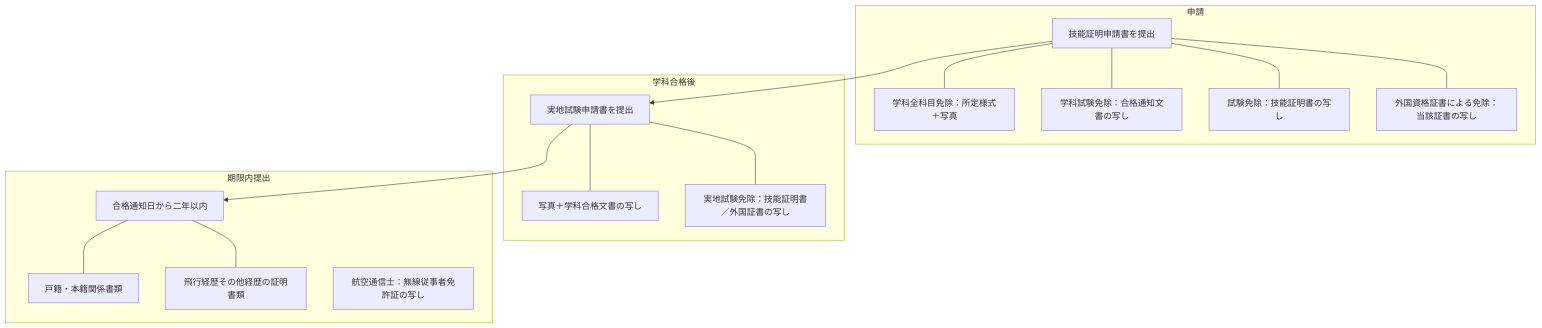
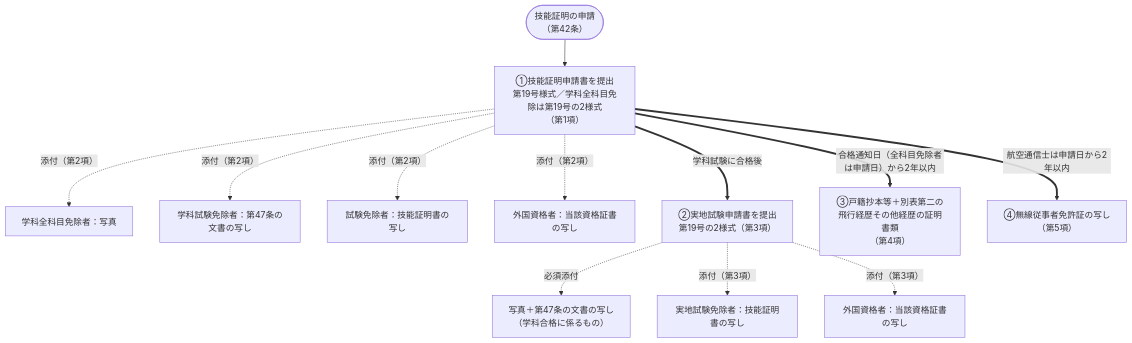
One commit to yonemotoBB/pil changed the first of 17 diagrams in chapters/04_第四章.md. Above: the diagram before and after it, drawn with Mermaid. The commit also changed other lines of this file, not shown here.

Commit message:
第二十二条の図を整理（添付書類を点線の枝に再構成）

````diff
--- a/chapters/04_第四章.md
+++ b/chapters/04_第四章.md
@@ -34,25 +31,17 @@
 ```mermaid
 flowchart TD
-    subgraph 申請
-        A["技能証明申請書を提出"]
-        A1["学科全科目免除：所定様式＋写真"]
-        A2["学科試験免除：合格通知文書の写し"]
-        A3["試験免除：技能証明書の写し"]
-        A4["外国資格証書による免除：当該証書の写し"]
-    end
-    subgraph 学科合格後
-        B["実地試験申請書を提出"]
-        B1["写真＋学科合格文書の写し"]
-        B2["実地試験免除：技能証明書／外国証書の写し"]
-    end
-    subgraph 期限内提出
-        C["合格通知日から二年以内"]
-        C1["戸籍・本籍関係書類"]
-        C2["飛行経歴その他経歴の証明書類"]
-        D["航空通信士：無線従事者免許証の写し"]
-    end
-    A --> B --> C
-    A --- A1 & A2 & A3 & A4
-    B --- B1 & B2
-    C --- C1 & C2
+    START(["技能証明の申請<br>（第42条）"]) --> A["①技能証明申請書を提出<br>第19号様式／学科全科目免除は第19号の2様式<br>（第1項）"]
+
+    A -. 添付（第2項） .-> A1["学科全科目免除者：写真"]
+    A -. 添付（第2項） .-> A2["学科試験免除者：第47条の文書の写し"]
+    A -. 添付（第2項） .-> A3["試験免除者：技能証明書の写し"]
+    A -. 添付（第2項） .-> A4["外国資格者：当該資格証書の写し"]
+
+    A == 学科試験に合格後 ==> B["②実地試験申請書を提出<br>第19号の2様式（第3項）"]
+    B -. 必須添付 .-> B0["写真＋第47条の文書の写し<br>（学科合格に係るもの）"]
+    B -. 添付（第3項） .-> B1["実地試験免除者：技能証明書の写し"]
+    B -. 添付（第3項） .-> B2["外国資格者：当該資格証書の写し"]
+
+    A == 合格通知日（全科目免除者は申請日）から2年以内 ==> C["③戸籍抄本等＋別表第二の<br>飛行経歴その他経歴の証明書類<br>（第4項）"]
+    A == 航空通信士は申請日から2年以内 ==> D["④無線従事者免許証の写し<br>（第5項）"]
 ```
````
